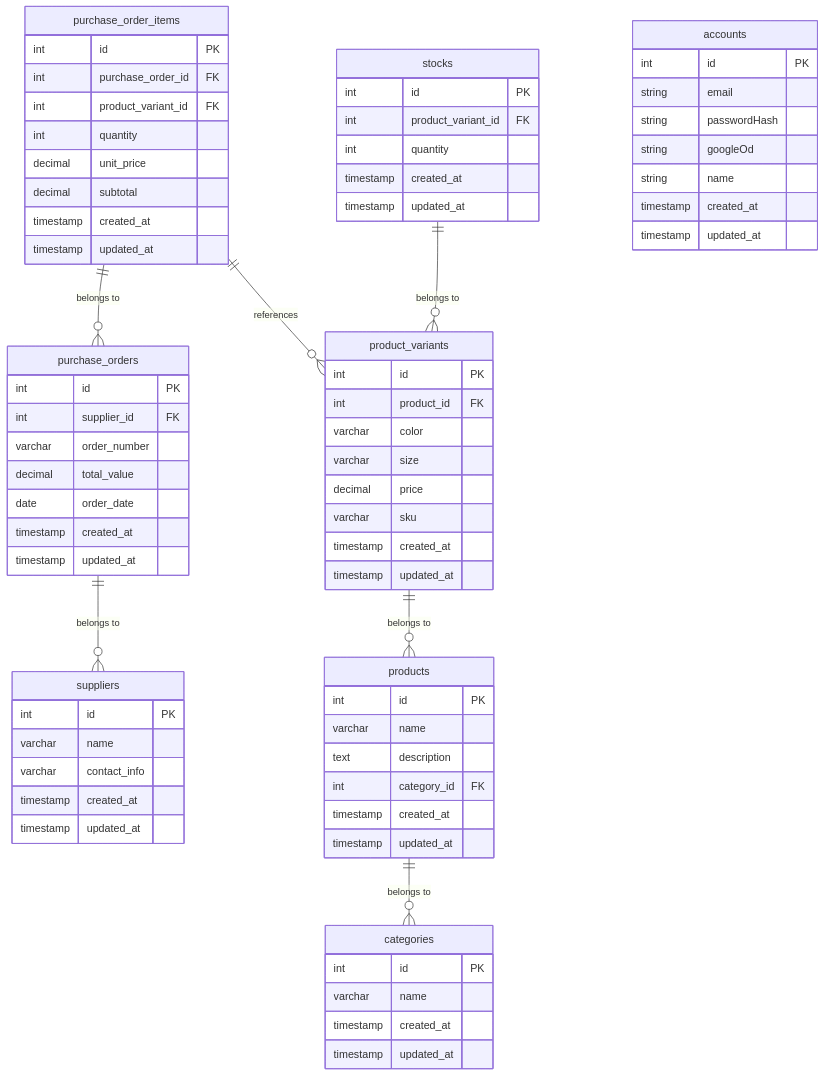
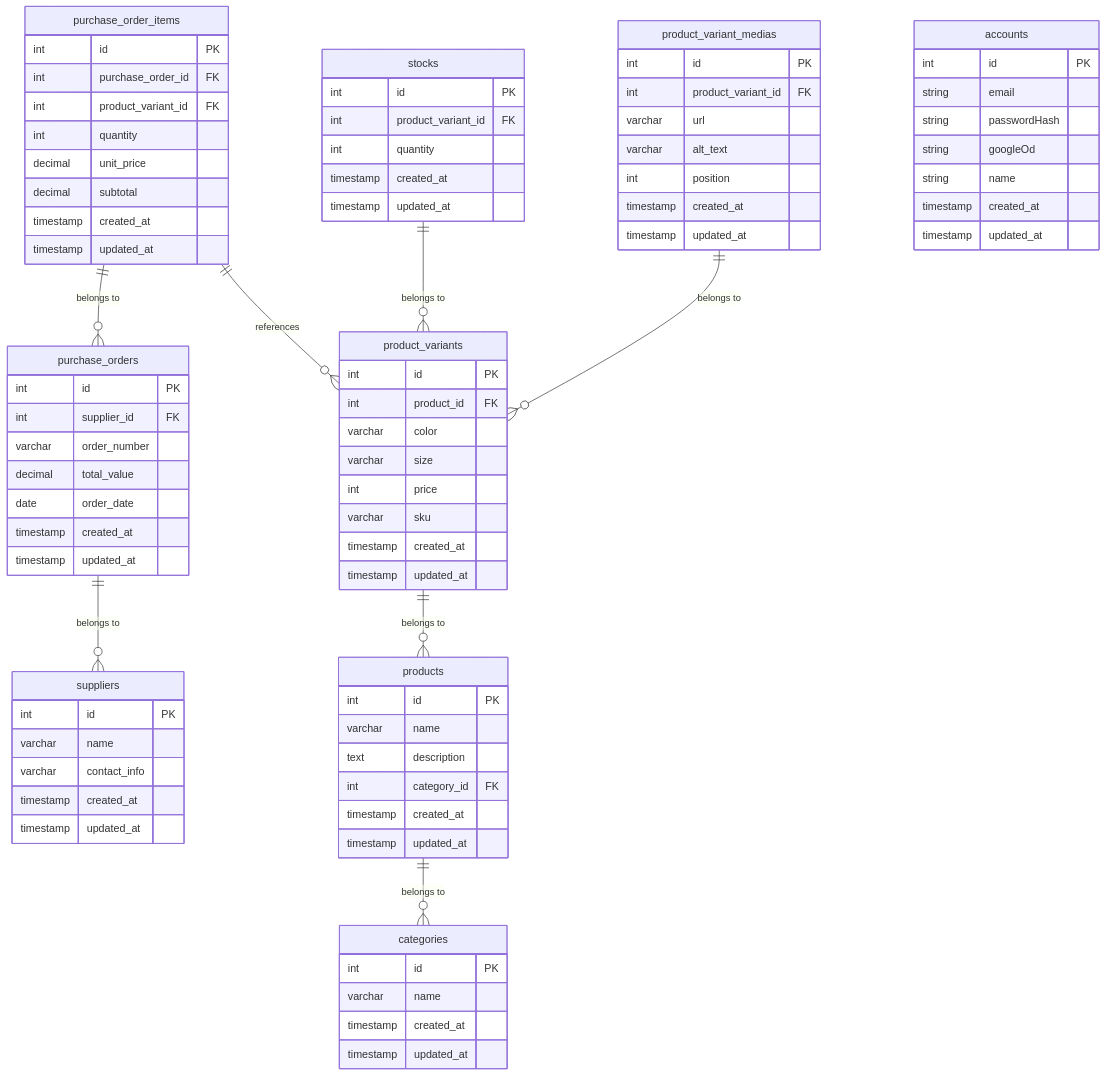
One commit to vakaman/graciosa.by.tau changed the diagram in db_diagram.md. Above: the diagram before and after it, drawn with Mermaid. The commit also changed 83 other files, not shown here.

```diff
--- a/db_diagram.md
+++ b/db_diagram.md
@@ -31,8 +31,18 @@
     int product_id FK
     varchar color
     varchar size
-    decimal price
+    int price
     varchar sku
+    timestamp created_at
+    timestamp updated_at
+  }
+
+  product_variant_medias {
+    int id PK
+    int product_variant_id FK
+    varchar url
+    varchar alt_text
+    int position
     timestamp created_at
     timestamp updated_at
   }
@@ -78,6 +88,8 @@
 
   products ||--o{ categories : "belongs to"
   product_variants ||--o{ products : "belongs to"
+  product_variant_medias ||--o{ product_variants : "belongs to"
+  
   stocks ||--o{ product_variants : "belongs to"
   purchase_orders ||--o{ suppliers : "belongs to"
   purchase_order_items ||--o{ purchase_orders : "belongs to"
```
